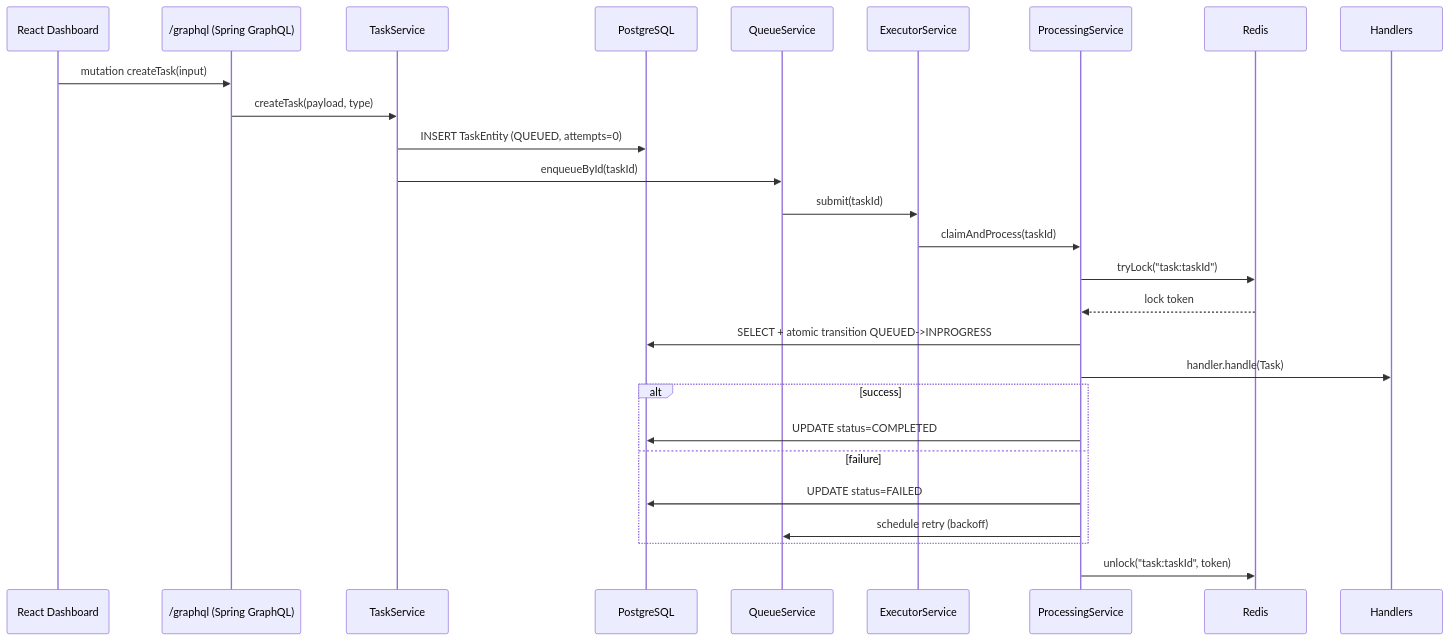
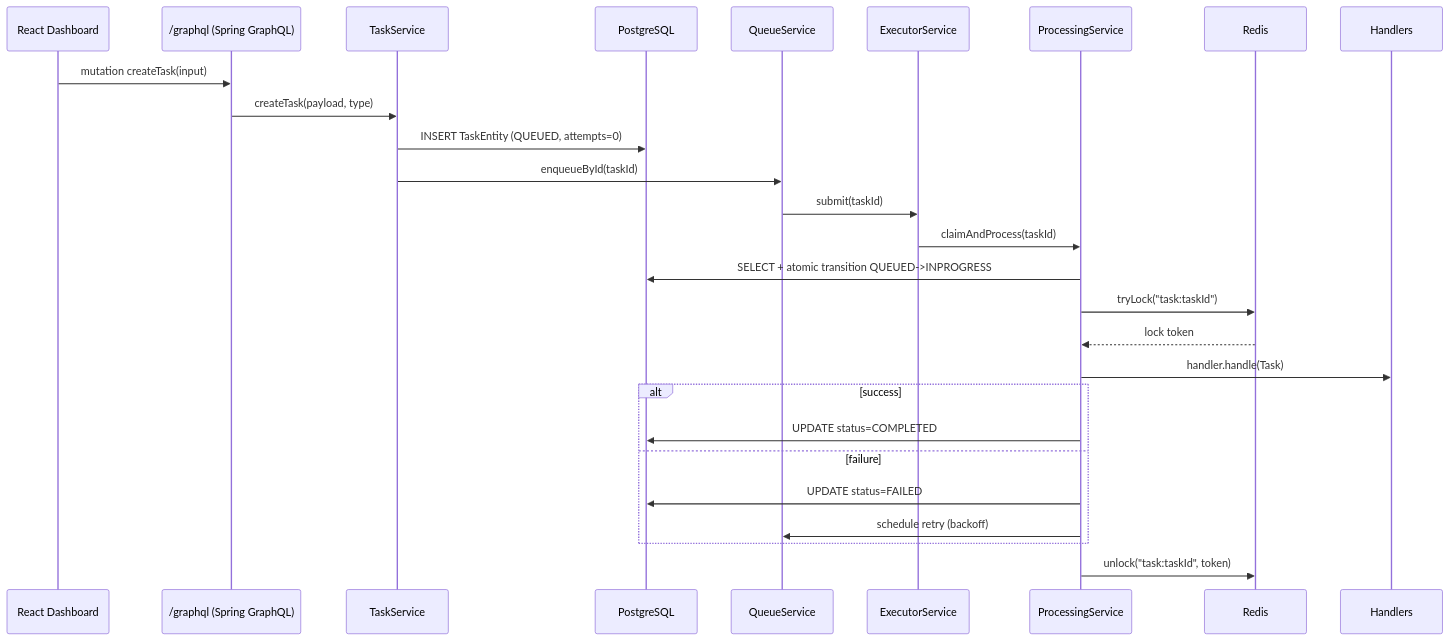
The third of 6 diagrams in README.md (timan-z/SpringQueuePro), drawn with Mermaid before and after one commit. The commit also changed other lines of this file and 1 other file, not shown here.

````diff
--- a/README.md
+++ b/README.md
@@ -944,29 +954,29 @@
 ```mermaid
 sequenceDiagram
     participant UI as React Dashboard
     participant GQL as /graphql (Spring GraphQL)
     participant TS as TaskService
     participant DB as PostgreSQL
     participant QS as QueueService
     participant Exec as ExecutorService
     participant PS as ProcessingService
     participant R as Redis
 
     UI->>GQL: mutation createTask(input)
     GQL->>TS: createTask(payload, type)
     TS->>DB: INSERT TaskEntity (QUEUED, attempts=0)
     TS->>QS: enqueueById(taskId)
     QS->>Exec: submit(taskId)
     Exec->>PS: claimAndProcess(taskId)
+    PS->>DB: SELECT + atomic transition QUEUED->INPROGRESS
     PS->>R: tryLock("task:taskId")
     R-->>PS: lock token
-    PS->>DB: SELECT + atomic transition QUEUED->INPROGRESS
     PS->>Handlers: handler.handle(Task)
     alt success
         PS->>DB: UPDATE status=COMPLETED
     else failure
         PS->>DB: UPDATE status=FAILED
         PS->>QS: schedule retry (backoff)
     end
     PS->>R: unlock("task:taskId", token)
 ```
````
